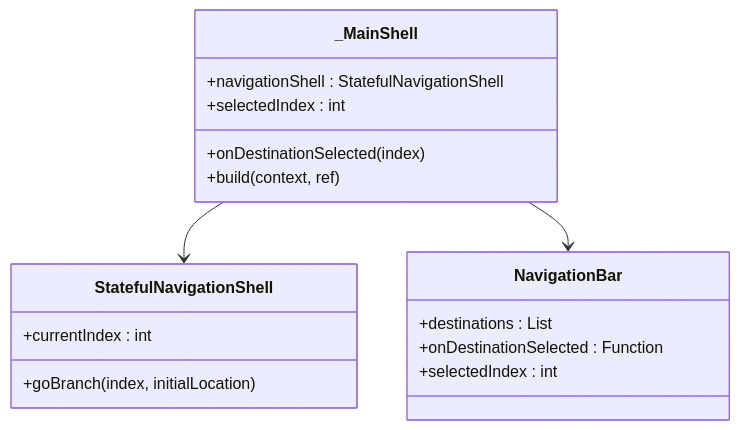
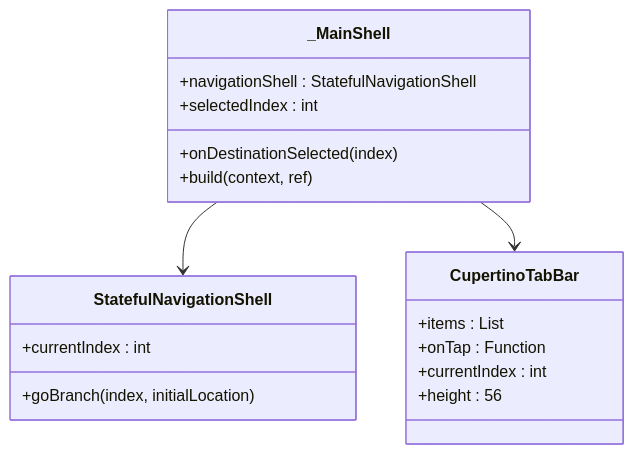
The fifth of 14 diagrams in .qoder/repowiki/zh/content/架构设计/路由系统设计.md (Ykworm/thktree), drawn with Mermaid before and after one commit. The commit also changed other lines of this file and 39 other files, not shown here.

````diff
--- a/.qoder/repowiki/zh/content/架构设计/路由系统设计.md
+++ b/.qoder/repowiki/zh/content/架构设计/路由系统设计.md
@@ -189,20 +221,21 @@
 ```mermaid
 classDiagram
 class _MainShell {
 +navigationShell : StatefulNavigationShell
 +selectedIndex : int
 +onDestinationSelected(index)
 +build(context, ref)
 }
 class StatefulNavigationShell {
 +currentIndex : int
 +goBranch(index, initialLocation)
 }
-class NavigationBar {
-+destinations : List
-+onDestinationSelected : Function
-+selectedIndex : int
+class CupertinoTabBar {
++items : List
++onTap : Function
++currentIndex : int
++height : 56
 }
 _MainShell --> StatefulNavigationShell
-_MainShell --> NavigationBar
+_MainShell --> CupertinoTabBar
 ```
````
